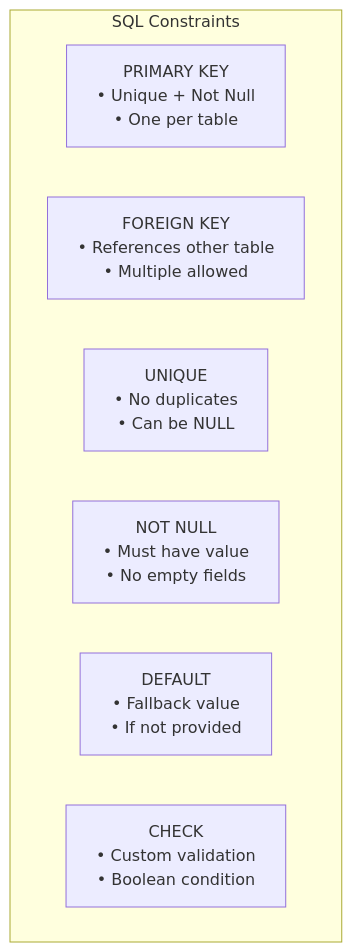
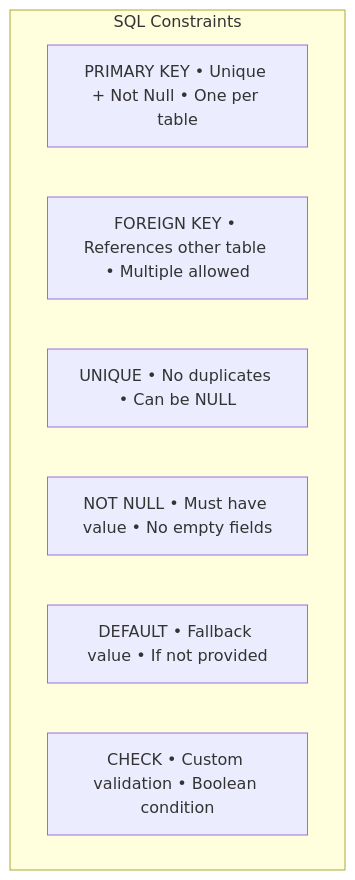
One commit to pentoshi007/prep changed the fifth of 16 diagrams in SQL/readmeClV1.md. Above: the diagram before and after it, drawn with Mermaid. The commit also changed other lines of this file and 1 other file, not shown here.

````diff
--- a/SQL/readmeClV1.md
+++ b/SQL/readmeClV1.md
@@ -342,11 +342,11 @@
 ```mermaid
 flowchart TB
     subgraph Constraints["SQL Constraints"]
-        PK["PRIMARY KEY\n• Unique + Not Null\n• One per table"]
-        FK["FOREIGN KEY\n• References other table\n• Multiple allowed"]
-        UQ["UNIQUE\n• No duplicates\n• Can be NULL"]
-        NN["NOT NULL\n• Must have value\n• No empty fields"]
-        DF["DEFAULT\n• Fallback value\n• If not provided"]
-        CK["CHECK\n• Custom validation\n• Boolean condition"]
+        PK["PRIMARY KEY • Unique + Not Null • One per table"]
+        FK["FOREIGN KEY • References other table • Multiple allowed"]
+        UQ["UNIQUE • No duplicates • Can be NULL"]
+        NN["NOT NULL • Must have value • No empty fields"]
+        DF["DEFAULT • Fallback value • If not provided"]
+        CK["CHECK • Custom validation • Boolean condition"]
     end
 ```
````
